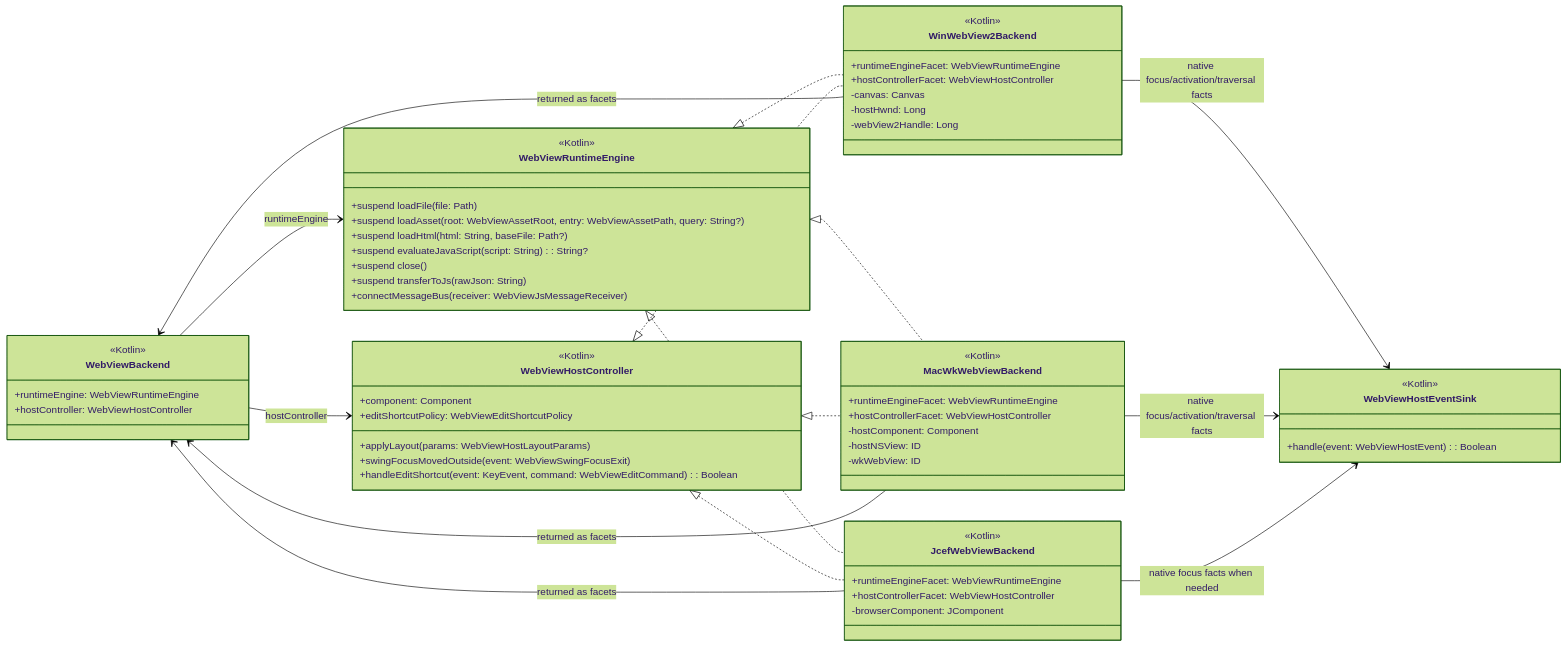
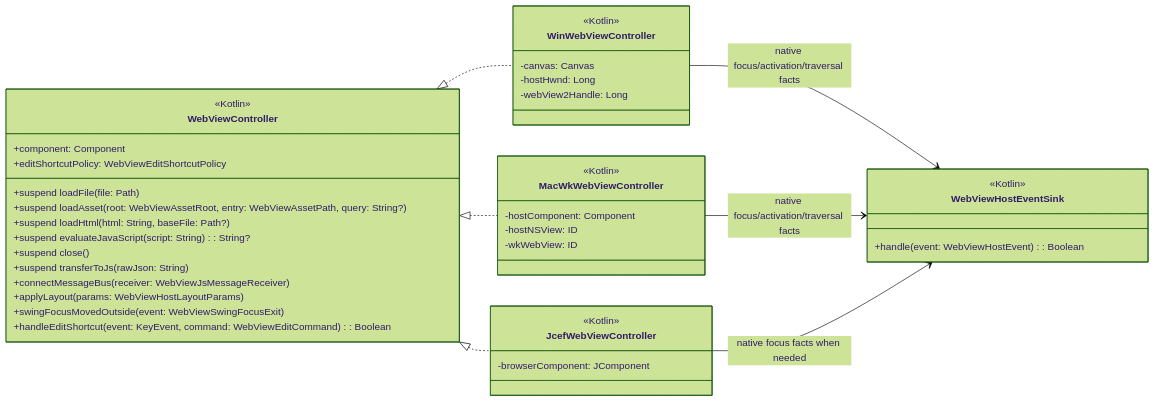
Before and after one commit to nerzhulart/intellij-webview: the fourth of 5 diagrams in docs/backends/native-webview-host/architecture-diagrams.md, drawn with Mermaid (forest theme). The commit also changed other lines of this file and 56 other files, not shown here.

Commit message:
IJPL-247160 [WebView] Start of general refactoring

````diff
--- a/docs/backends/native-webview-host/architecture-diagrams.md
+++ b/docs/backends/native-webview-host/architecture-diagrams.md
@@ -259,75 +246,51 @@
 ```mermaid
 classDiagram
 direction LR
 
-class WebViewBackend {
+class WebViewController {
   <<Kotlin>>
-  +runtimeEngine: WebViewRuntimeEngine
-  +hostController: WebViewHostController
-}
-
-class WebViewRuntimeEngine {
-  <<Kotlin>>
+  +component: Component
+  +editShortcutPolicy: WebViewEditShortcutPolicy
   +suspend loadFile(file: Path)
   +suspend loadAsset(root: WebViewAssetRoot, entry: WebViewAssetPath, query: String?)
   +suspend loadHtml(html: String, baseFile: Path?)
   +suspend evaluateJavaScript(script: String): String?
   +suspend close()
   +suspend transferToJs(rawJson: String)
   +connectMessageBus(receiver: WebViewJsMessageReceiver)
-}
-
-class WebViewHostController {
-  <<Kotlin>>
-  +component: Component
-  +editShortcutPolicy: WebViewEditShortcutPolicy
   +applyLayout(params: WebViewHostLayoutParams)
   +swingFocusMovedOutside(event: WebViewSwingFocusExit)
   +handleEditShortcut(event: KeyEvent, command: WebViewEditCommand): Boolean
 }
 
 class WebViewHostEventSink {
   <<Kotlin>>
   +handle(event: WebViewHostEvent): Boolean
 }
 
-class WinWebView2Backend {
+class WinWebViewController {
   <<Kotlin>>
-  +runtimeEngineFacet: WebViewRuntimeEngine
-  +hostControllerFacet: WebViewHostController
   -canvas: Canvas
   -hostHwnd: Long
   -webView2Handle: Long
 }
 
-class MacWkWebViewBackend {
+class MacWkWebViewController {
   <<Kotlin>>
-  +runtimeEngineFacet: WebViewRuntimeEngine
-  +hostControllerFacet: WebViewHostController
   -hostComponent: Component
   -hostNSView: ID
   -wkWebView: ID
 }
 
-class JcefWebViewBackend {
+class JcefWebViewController {
   <<Kotlin>>
-  +runtimeEngineFacet: WebViewRuntimeEngine
-  +hostControllerFacet: WebViewHostController
   -browserComponent: JComponent
 }
 
-WebViewBackend --> WebViewRuntimeEngine : runtimeEngine
-WebViewBackend --> WebViewHostController : hostController
-WebViewRuntimeEngine <|.. WinWebView2Backend
-WebViewHostController <|.. WinWebView2Backend
-WebViewRuntimeEngine <|.. MacWkWebViewBackend
-WebViewHostController <|.. MacWkWebViewBackend
-WebViewRuntimeEngine <|.. JcefWebViewBackend
-WebViewHostController <|.. JcefWebViewBackend
-WinWebView2Backend --> WebViewBackend : returned as facets
-MacWkWebViewBackend --> WebViewBackend : returned as facets
-JcefWebViewBackend --> WebViewBackend : returned as facets
-WinWebView2Backend --> WebViewHostEventSink : native focus/activation/traversal facts
-MacWkWebViewBackend --> WebViewHostEventSink : native focus/activation/traversal facts
-JcefWebViewBackend --> WebViewHostEventSink : native focus facts when needed
+WebViewController <|.. WinWebViewController
+WebViewController <|.. MacWkWebViewController
+WebViewController <|.. JcefWebViewController
+WinWebViewController --> WebViewHostEventSink : native focus/activation/traversal facts
+MacWkWebViewController --> WebViewHostEventSink : native focus/activation/traversal facts
+JcefWebViewController --> WebViewHostEventSink : native focus facts when needed
 ```
````
